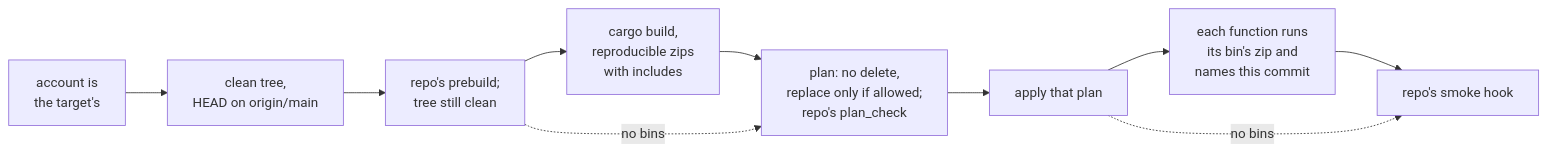
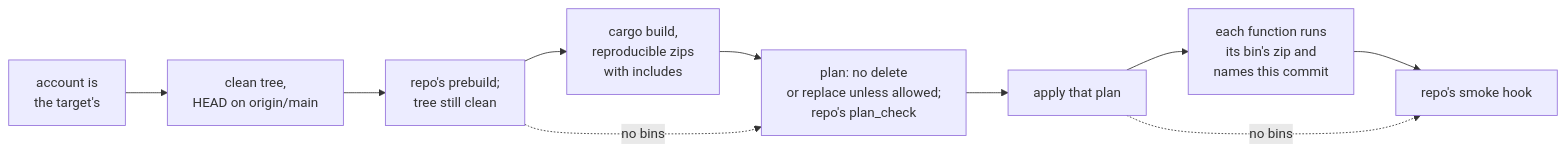
One commit to stackwell-labs/shared-terraform changed the third of 3 diagrams in README.md. Above: the diagram before and after it, drawn with Mermaid. The commit also changed other lines of this file and 2 other files, not shown here.

First line of the commit message:
deploy-lambda: --allow-delete names a plain delete for one run (shared-terraform#18)

````diff
--- a/README.md
+++ b/README.md
@@ -318,12 +326,12 @@
 ```mermaid
 flowchart LR
   A[account is<br>the target's] --> B[clean tree,<br>HEAD on origin/main]
   B --> P[repo's prebuild;<br>tree still clean]
   P --> C[cargo build,<br>reproducible zips<br>with includes]
-  C --> D[plan: no delete,<br>replace only if allowed;<br>repo's plan_check]
+  C --> D[plan: no delete<br>or replace unless allowed;<br>repo's plan_check]
   D --> E[apply that plan]
   E --> F[each function runs<br>its bin's zip and<br>names this commit]
   F --> G[repo's smoke hook]
   P -. no bins .-> D
   E -. no bins .-> G
 ```
````
